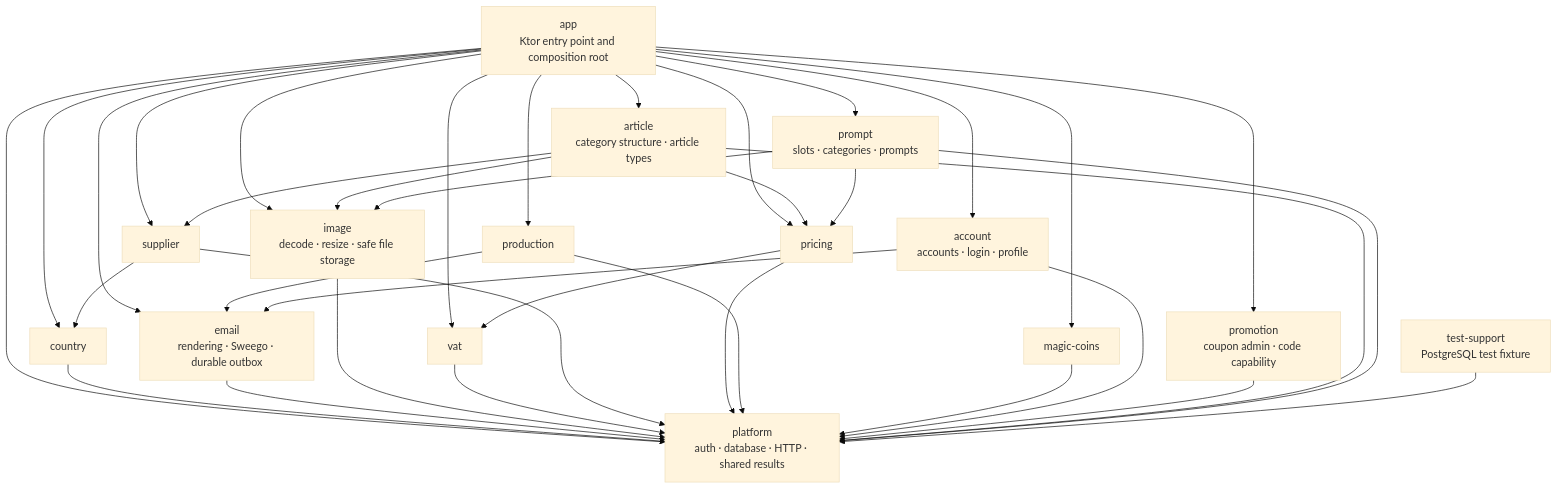
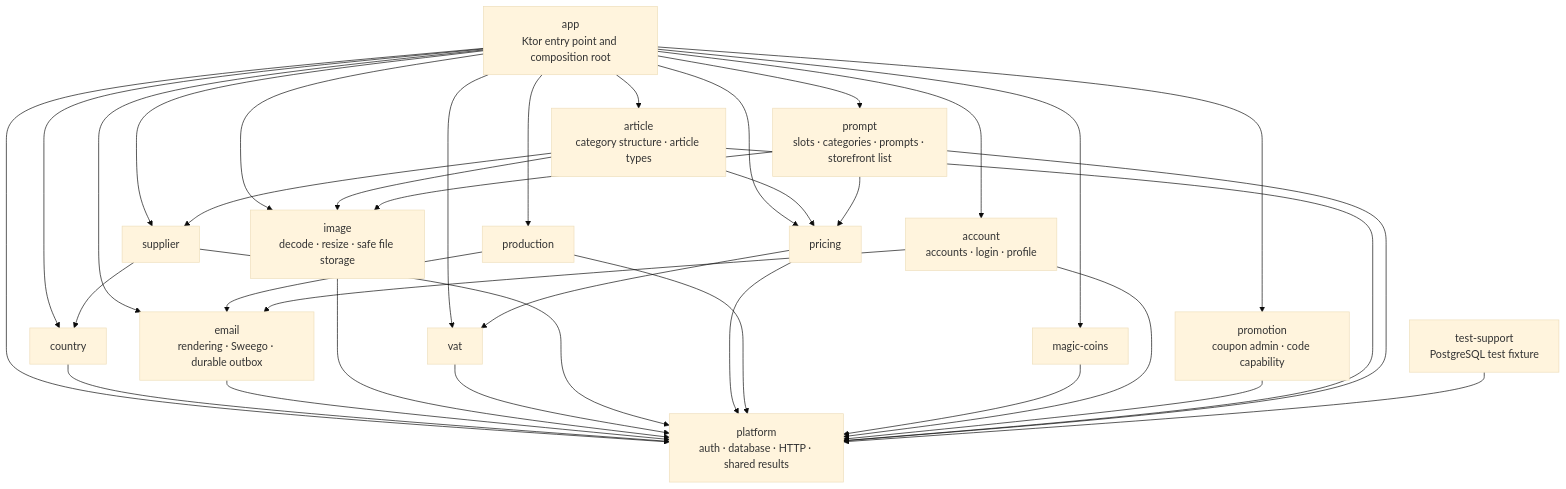
The diagram in docs/dev/backend/module-architecture.md (bitstorm-tech/voenix-shop-kotlin), drawn with Mermaid (base theme) before and after one commit. The commit also changed other lines of this file and 13 other files, not shown here.

First line of the commit message:
Migrate the anonymous prompt storefront list (Prompt slice 3d)

````diff
--- a/docs/dev/backend/module-architecture.md
+++ b/docs/dev/backend/module-architecture.md
@@ -34,54 +34,54 @@
 ```mermaid
 flowchart TD
     App["app<br/>Ktor entry point and composition root"]
     Platform["platform<br/>auth · database · HTTP · shared results"]
     Country["country"]
     Email["email<br/>rendering · Sweego · durable outbox"]
     Image["image<br/>decode · resize · safe file storage"]
     Vat["vat"]
     Supplier["supplier"]
     Pricing["pricing"]
     Production["production"]
     MagicCoins["magic-coins"]
     Account["account<br/>accounts · login · profile"]
     Promotion["promotion<br/>coupon admin · code capability"]
     Article["article<br/>category structure · article types"]
-    Prompt["prompt<br/>slots · categories · prompts"]
+    Prompt["prompt<br/>slots · categories · prompts · storefront list"]
     TestSupport["test-support<br/>PostgreSQL test fixture"]
 
     App --> Platform
     App --> Account
     App --> Country
     App --> Email
     App --> Image
     App --> Vat
     App --> Supplier
     App --> Pricing
     App --> Production
     App --> MagicCoins
     App --> Promotion
     App --> Article
     App --> Prompt
     Country --> Platform
     Email --> Platform
     Image --> Platform
     Vat --> Platform
     Supplier --> Platform
     Supplier --> Country
     Pricing --> Platform
     Pricing --> Vat
     Production --> Platform
     Production --> Email
     MagicCoins --> Platform
     Account --> Platform
     Account --> Email
     Promotion --> Platform
     Article --> Platform
     Article --> Image
     Article --> Pricing
     Article --> Supplier
     Prompt --> Platform
     Prompt --> Image
     Prompt --> Pricing
     TestSupport --> Platform
 ```
````
